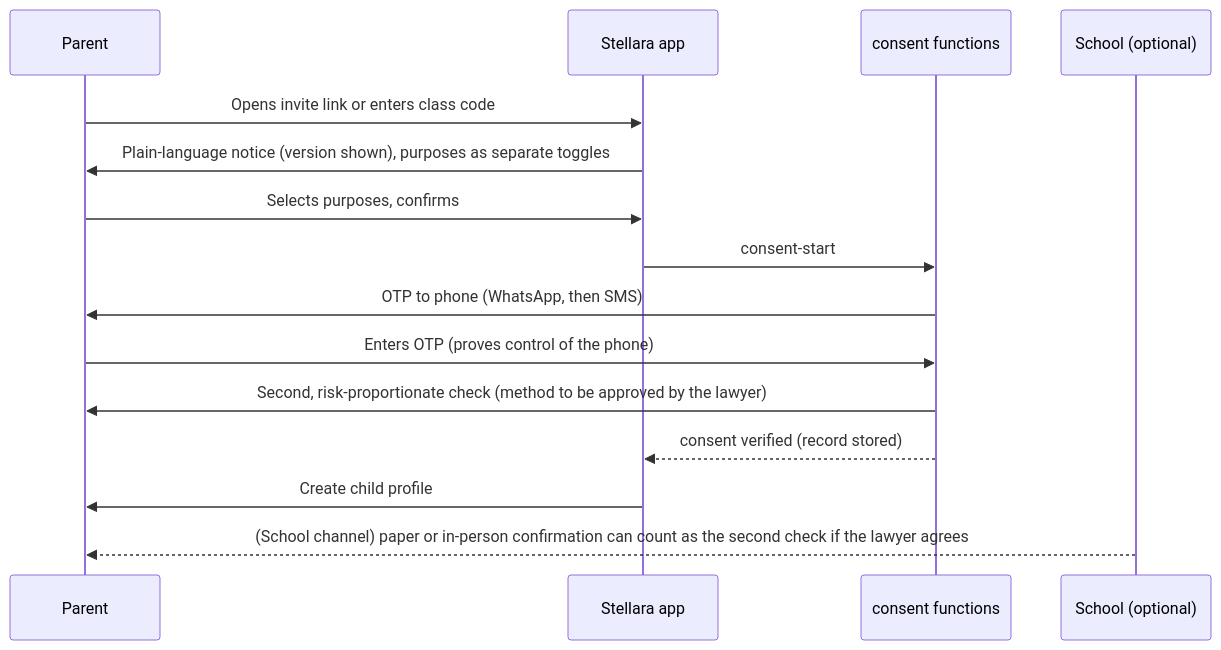
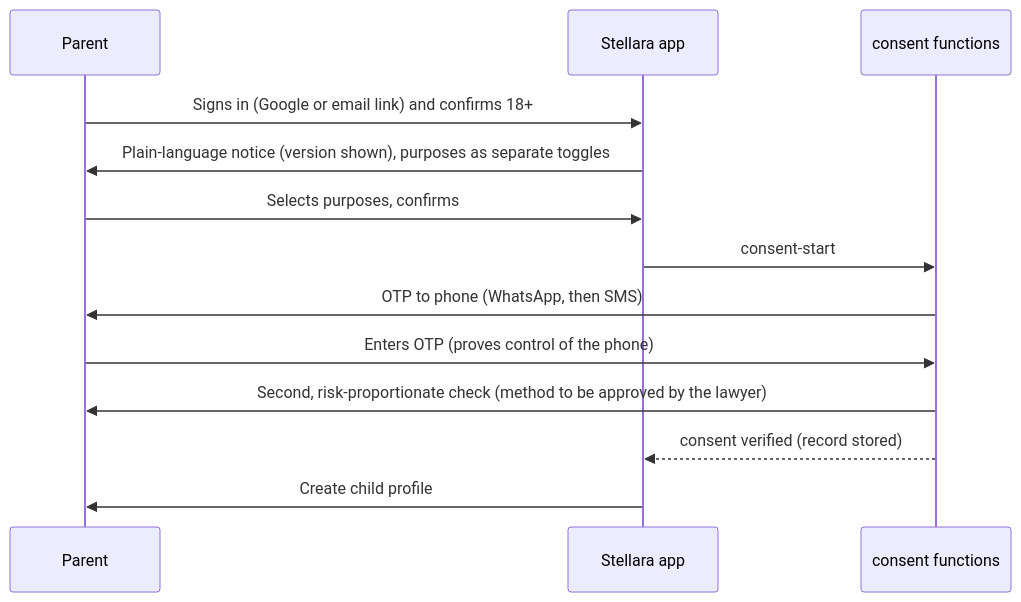
One commit to 0biken/Stellara changed the diagram in docs/md/07-privacy-security-compliance.md. Above: the diagram before and after it, drawn with Mermaid. The commit also changed other lines of this file and 56 other files, not shown here.

````diff
--- a/docs/md/07-privacy-security-compliance.md
+++ b/docs/md/07-privacy-security-compliance.md
@@ -32,17 +31,15 @@
 ```mermaid
 sequenceDiagram
   participant P as Parent
   participant A as Stellara app
   participant F as consent functions
-  participant S as School (optional)
-  P->>A: Opens invite link or enters class code
+  P->>A: Signs in (Google or email link) and confirms 18+
   A->>P: Plain-language notice (version shown), purposes as separate toggles
   P->>A: Selects purposes, confirms
   A->>F: consent-start
   F->>P: OTP to phone (WhatsApp, then SMS)
   P->>F: Enters OTP (proves control of the phone)
   F->>P: Second, risk-proportionate check (method to be approved by the lawyer)
   F-->>A: consent verified (record stored)
   A->>P: Create child profile
-  S-->>P: (School channel) paper or in-person confirmation can count as the second check if the lawyer agrees
 ```
````
